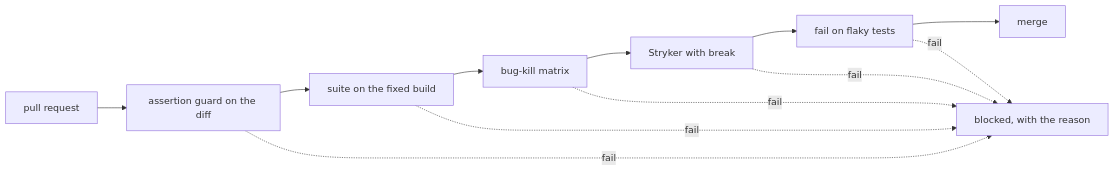
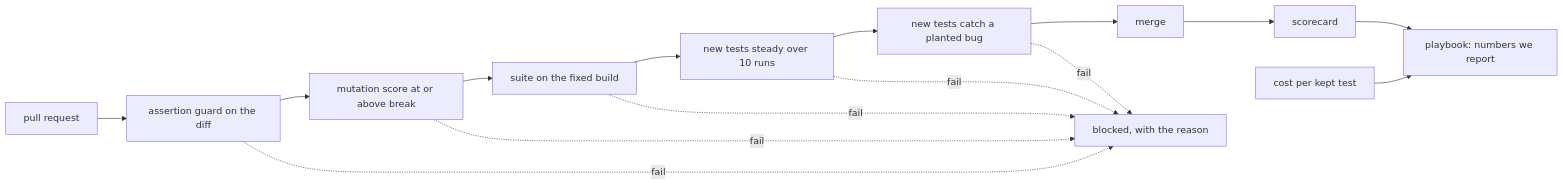
One commit to learnwithparam/agentic-qa-workshop changed the diagram in parts/05-run-it-as-a-team/README.md. Above: the diagram before and after it, drawn with Mermaid. The commit also changed other lines of this file and 188 other files, not shown here.

First line of the commit message:
Part 05: Measure agent runs, fuzz the API, gate every pull request, and write the team playbook (#6)

````diff
--- a/parts/05-run-it-as-a-team/README.md
+++ b/parts/05-run-it-as-a-team/README.md
@@ -23,10 +22,12 @@
 ```mermaid
 flowchart LR
   PR[pull request] --> G1[assertion guard on the diff]
-  G1 --> G2[suite on the fixed build]
-  G2 --> G3[bug-kill matrix]
-  G3 --> G4[Stryker with break]
-  G4 --> G5[fail on flaky tests]
+  G1 --> G2[mutation score at or above break]
+  G2 --> G3[suite on the fixed build]
+  G3 --> G4[new tests steady over 10 runs]
+  G4 --> G5[new tests catch a planted bug]
   G5 --> M[merge]
   G1 & G2 & G3 & G4 & G5 -.fail.-> X[blocked, with the reason]
+  M --> SC[scorecard] --> PB[playbook: numbers we report]
+  CO[cost per kept test] --> PB
 ```
````
